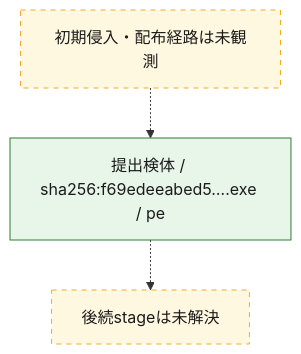
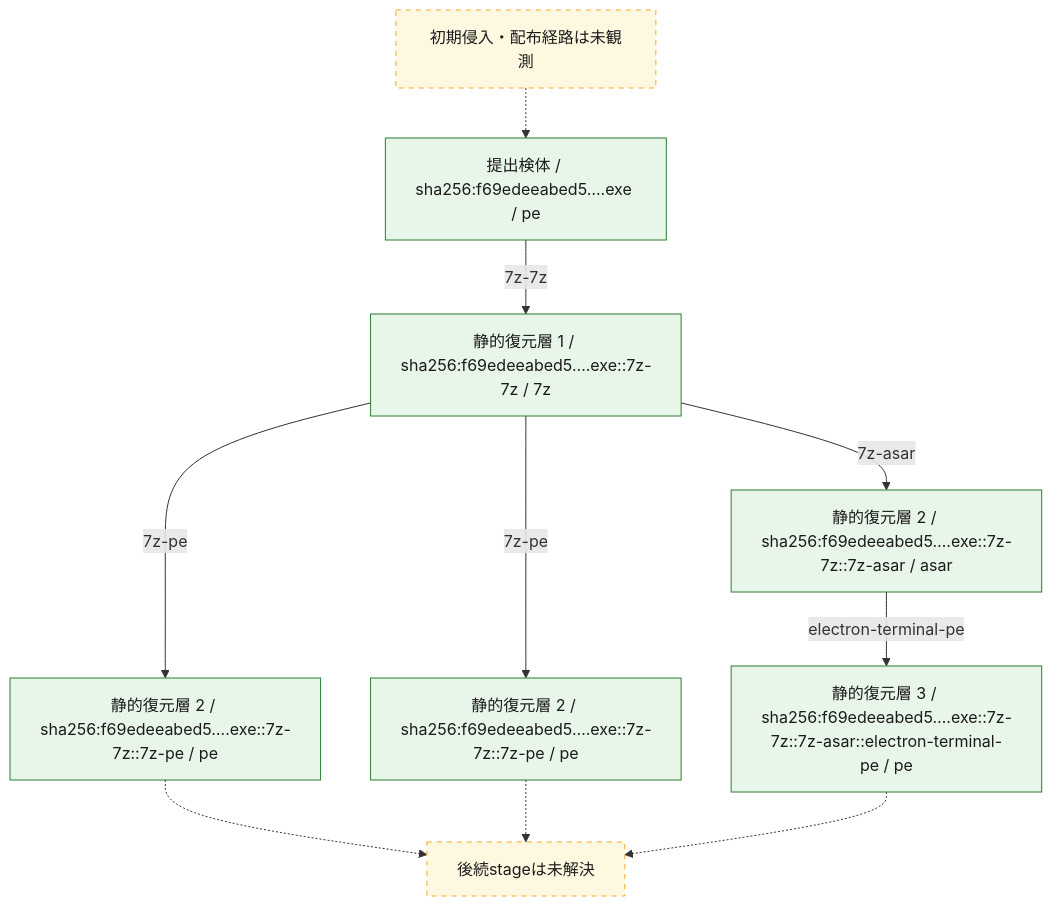
Before and after one commit to proshiba/AI-security-analysis: the second of 3 diagrams in analysis-results/malware/unclassified/versions/unknown/cases/f69edeeabed57cde46630459b12577c97ab13cf1bcd0c6f35bdcf5c6ff84cb7e/OVERALL-LOGIC.md, drawn with Mermaid. The commit also changed other lines of this file and 151 other files, not shown here.

````diff
--- a/analysis-results/malware/unclassified/versions/unknown/cases/f69edeeabed57cde46630459b12577c97ab13cf1bcd0c6f35bdcf5c6ff84cb7e/OVERALL-LOGIC.md
+++ b/analysis-results/malware/unclassified/versions/unknown/cases/f69edeeabed57cde46630459b12577c97ab13cf1bcd0c6f35bdcf5c6ff84cb7e/OVERALL-LOGIC.md
@@ -29,13 +39,25 @@
 ```mermaid
 flowchart TD
   chain_initial["初期侵入・配布経路は未観測"]
   chain_01["提出検体 / sha256:f69edeeabed5….exe / pe"]
+  chain_02["静的復元層 1 / sha256:f69edeeabed5….exe::7z-7z / 7z"]
+  chain_03["静的復元層 2 / sha256:f69edeeabed5….exe::7z-7z::7z-asar / asar"]
+  chain_04["静的復元層 2 / sha256:f69edeeabed5….exe::7z-7z::7z-pe / pe"]
+  chain_05["静的復元層 2 / sha256:f69edeeabed5….exe::7z-7z::7z-pe / pe"]
+  chain_06["静的復元層 3 / sha256:f69edeeabed5….exe::7z-7z::7z-asar::electron-terminal-pe / pe"]
+  chain_01 -->|7z-7z| chain_02
+  chain_02 -->|7z-asar| chain_03
+  chain_02 -->|7z-pe| chain_04
+  chain_02 -->|7z-pe| chain_05
+  chain_03 -->|electron-terminal-pe| chain_06
   chain_initial -.-> chain_01
   chain_unknown["後続stageは未解決"]
-  chain_01 -.-> chain_unknown
+  chain_04 -.-> chain_unknown
+  chain_05 -.-> chain_unknown
+  chain_06 -.-> chain_unknown
   class chain_unknown unresolved
-  class chain_01 confirmed
+  class chain_01,chain_02,chain_03,chain_04,chain_05,chain_06 confirmed
   class chain_initial unresolved
   classDef confirmed fill:#e8f5e9,stroke:#2e7d32,color:#1b1b1b
   classDef unresolved fill:#fff8e1,stroke:#f9a825,color:#1b1b1b,stroke-dasharray:5 5
 ```
````
